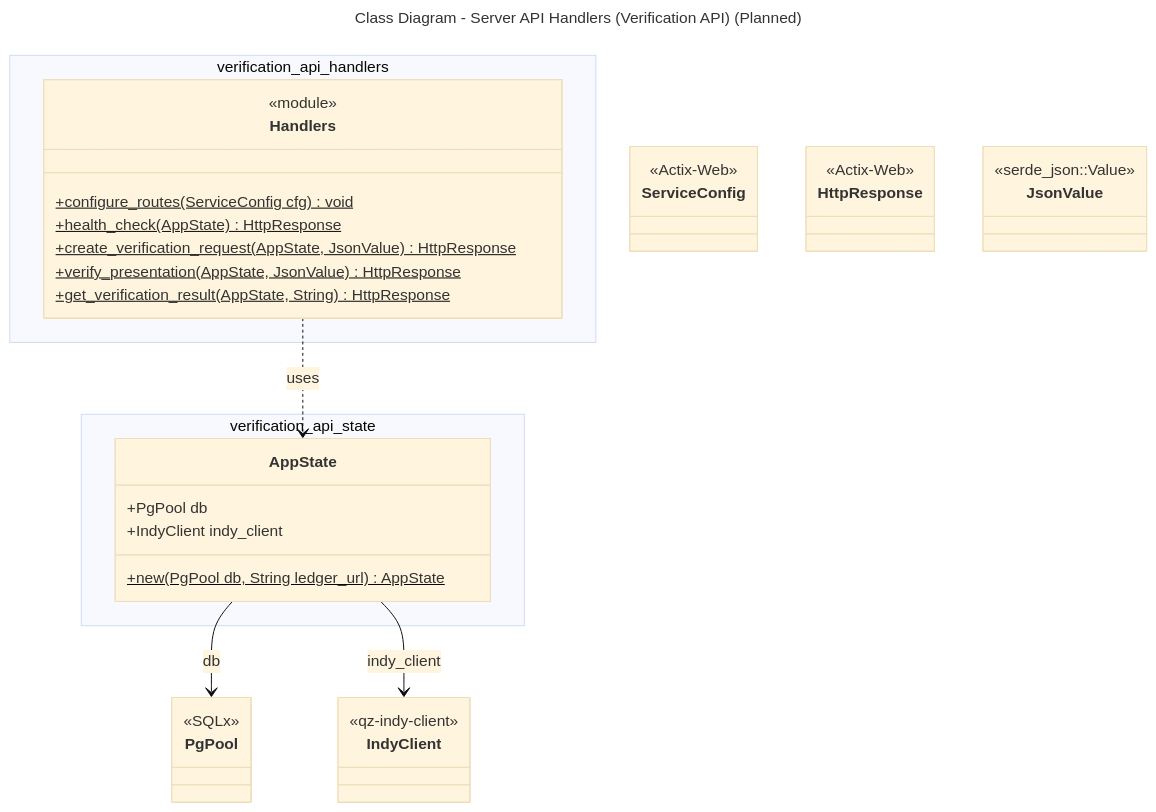
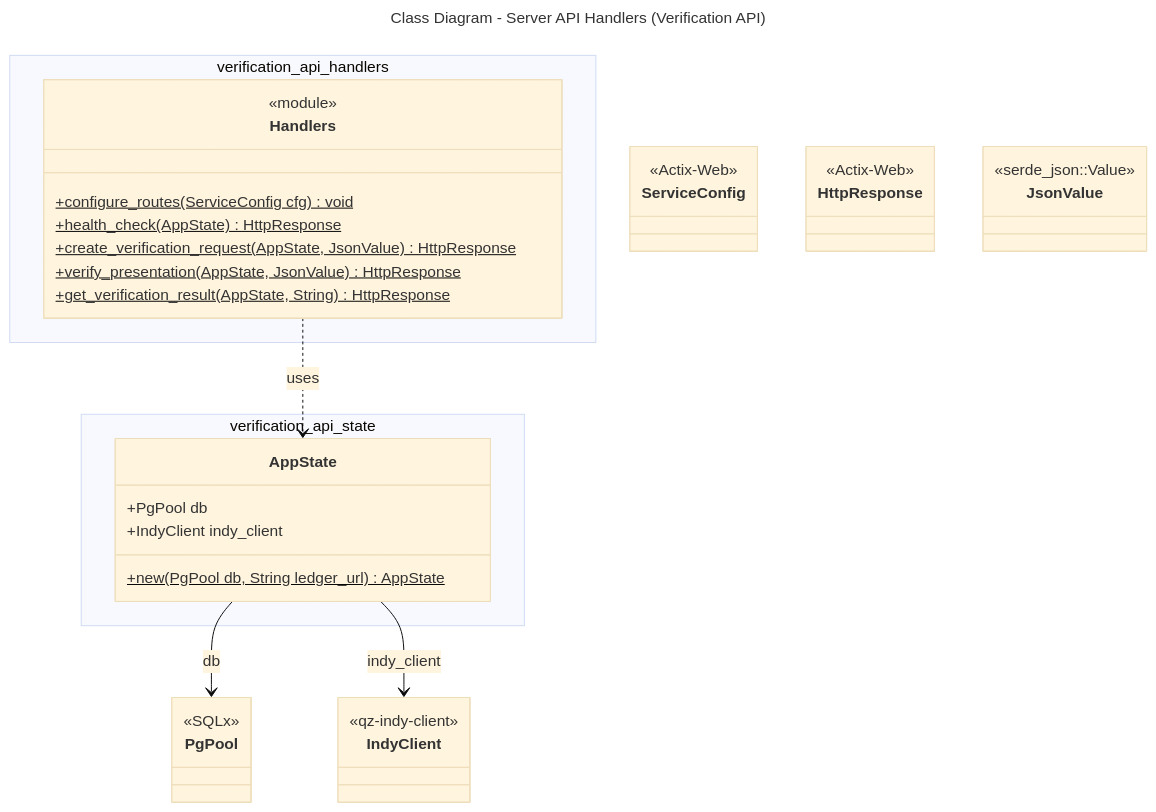
One commit to CHATEAUFORGE-LLC/QuantumZero changed the diagram in diagrams/class-server-verification-handlers.mmd. Above: the diagram before and after it, drawn with Mermaid. The commit also changed 53 other files, not shown here.

Commit message:
diagram refinement in preperation for sequence diagram review and enhancment

```diff
--- a/diagrams/class-server-verification-handlers.mmd
+++ b/diagrams/class-server-verification-handlers.mmd
@@ -1,37 +1,37 @@
 ---
-title: Class Diagram - Server API Handlers (Verification API) (Planned)
+title: Class Diagram - Server API Handlers (Verification API)
 config:
   theme: base
 ---
 %% QuantumZero UML palette note: actors/external=#fff7e6/#b45309, system/component=#e0f2fe/#075985, datastore=#ecfccb/#4d7c0f, notes=#fff9c4/#d97706. Aligns diagrams to Deliverable 1 UML/DFD theme.
-%% Planned service pattern mirrors admin-api (routes + handlers + models + state). No Rust service exists yet in QuantumZero-server/services for verification.
+%% Service pattern mirrors admin-api (routes + handlers + models + state).
 classDiagram
     namespace verification_api_state {
         class AppState {
             +PgPool db
             +IndyClient indy_client
             +new(PgPool db, String ledger_url)$ AppState
         }
     }
 
     namespace verification_api_handlers {
         class Handlers {
             <<module>>
             +configure_routes(ServiceConfig cfg)$ void
             +health_check(AppState)$ HttpResponse
             +create_verification_request(AppState, JsonValue)$ HttpResponse
             +verify_presentation(AppState, JsonValue)$ HttpResponse
             +get_verification_result(AppState, String)$ HttpResponse
         }
     }
 
     %% External / shared types
     class PgPool { <<SQLx>> }
     class IndyClient { <<qz-indy-client>> }
     class ServiceConfig { <<Actix-Web>> }
     class HttpResponse { <<Actix-Web>> }
     class JsonValue { <<serde_json::Value>> }
 
     Handlers ..> AppState : uses
     AppState --> PgPool : db
     AppState --> IndyClient : indy_client
```
